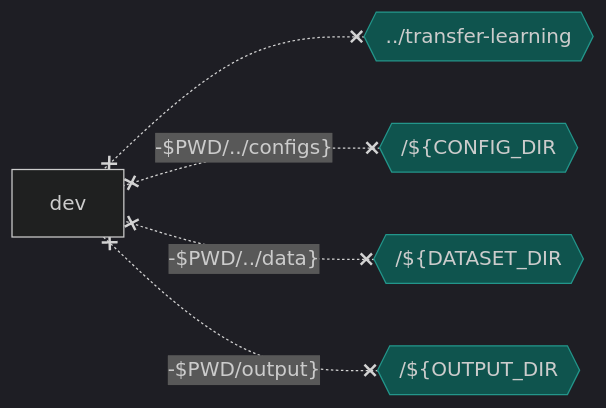
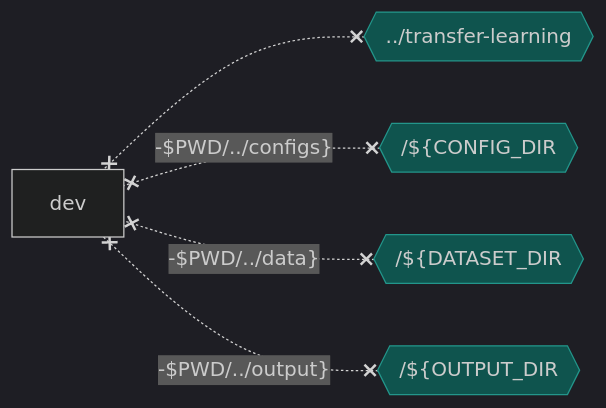
One commit to intel/visual-quality-inspection changed the second of 2 diagrams in README.md. Above: the diagram before and after it, drawn with Mermaid. The commit also changed other lines of this file and 1 other file, not shown here.

Commit message:
fix dev pipeline

````diff
--- a/README.md
+++ b/README.md
@@ -239,11 +240,11 @@
 ```mermaid
 %%{init: {'theme': 'dark'}}%%
 flowchart RL
   Vtransferlearning{{../transfer-learning}} x-.-x dev
   VCONFIGDIR{{"/${CONFIG_DIR"}} x-. "-$PWD/../configs}" .-x dev
   VDATASETDIR{{"/${DATASET_DIR"}} x-. "-$PWD/../data}" .-x dev
-  VOUTPUTDIR{{"/${OUTPUT_DIR"}} x-. "-$PWD/output}" .-x dev
+  VOUTPUTDIR{{"/${OUTPUT_DIR"}} x-. "-$PWD/../output}" .-x dev
 
   classDef volumes fill:#0f544e,stroke:#23968b
   class Vtransferlearning,VCONFIGDIR,VDATASETDIR,VOUTPUTDIR volumes
 ```
````
